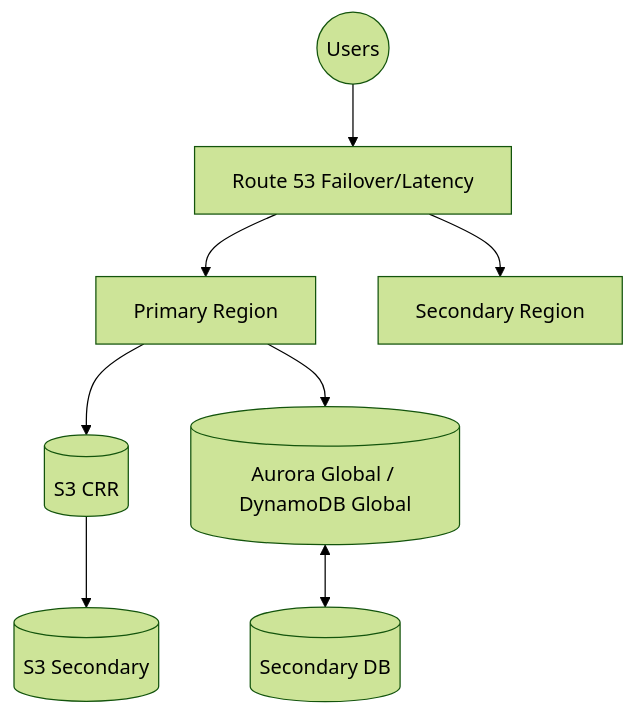
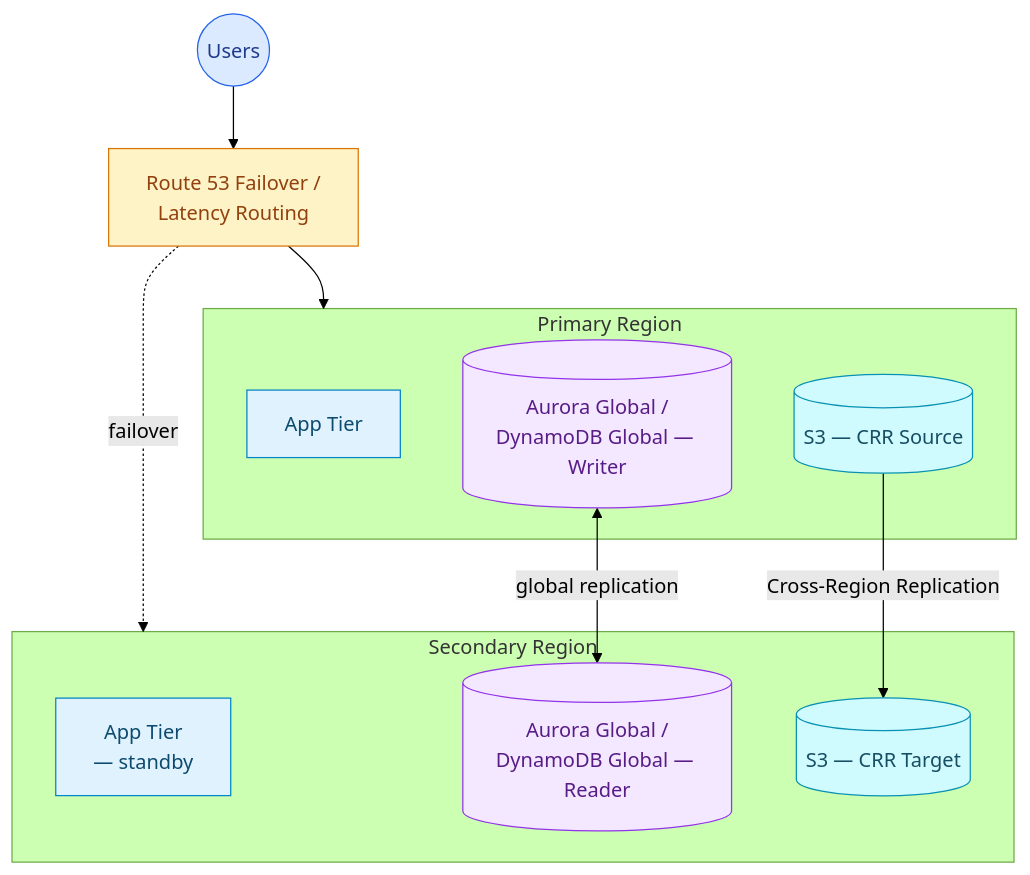
Before and after one commit to dinhnhatnguyen/Map_di_phong_van: the ninth of 11 diagrams in AWS/02-architecture/architecture-patterns.md, drawn with Mermaid (forest theme). The commit also changed other lines of this file and 1 other file, not shown here.

Commit message:
docs: Enhance architecture patterns documentation with improved mermaid diagrams and additional details

````diff
--- a/AWS/02-architecture/architecture-patterns.md
+++ b/AWS/02-architecture/architecture-patterns.md
@@ -205,10 +273,27 @@
 ```mermaid
 flowchart TB
-    Users((Users)) --> R53[Route 53 Failover/Latency]
-    R53 --> Primary[Primary Region]
-    R53 --> Secondary[Secondary Region]
-    Primary --> S3A[(S3 CRR)]
-    S3A --> S3B[(S3 Secondary)]
-    Primary --> DB1[(Aurora Global / DynamoDB Global)]
-    DB1 <--> DB2[(Secondary DB)]
+    classDef internet    fill:#dbeafe,stroke:#2563eb,color:#1e3a8a
+    classDef edge        fill:#fef3c7,stroke:#d97706,color:#92400e
+    classDef compute     fill:#e0f2fe,stroke:#0284c7,color:#0c4a6e
+    classDef db          fill:#f3e8ff,stroke:#9333ea,color:#581c87
+    classDef storage     fill:#cffafe,stroke:#0891b2,color:#164e63
+
+    Users((Users)):::internet --> R53[Route 53 Failover /\nLatency Routing]:::edge
+
+    subgraph Primary[Primary Region]
+      PApp[App Tier]:::compute
+      PDB[(Aurora Global /\nDynamoDB Global — Writer)]:::db
+      PS3[(S3 — CRR Source)]:::storage
+    end
+
+    subgraph Secondary[Secondary Region]
+      SApp[App Tier\n— standby]:::compute
+      SDB[(Aurora Global /\nDynamoDB Global — Reader)]:::db
+      SS3[(S3 — CRR Target)]:::storage
+    end
+
+    R53 --> Primary
+    R53 -.failover.-> Secondary
+    PDB <-->|global replication| SDB
+    PS3 -->|Cross-Region Replication| SS3
 ```
````
